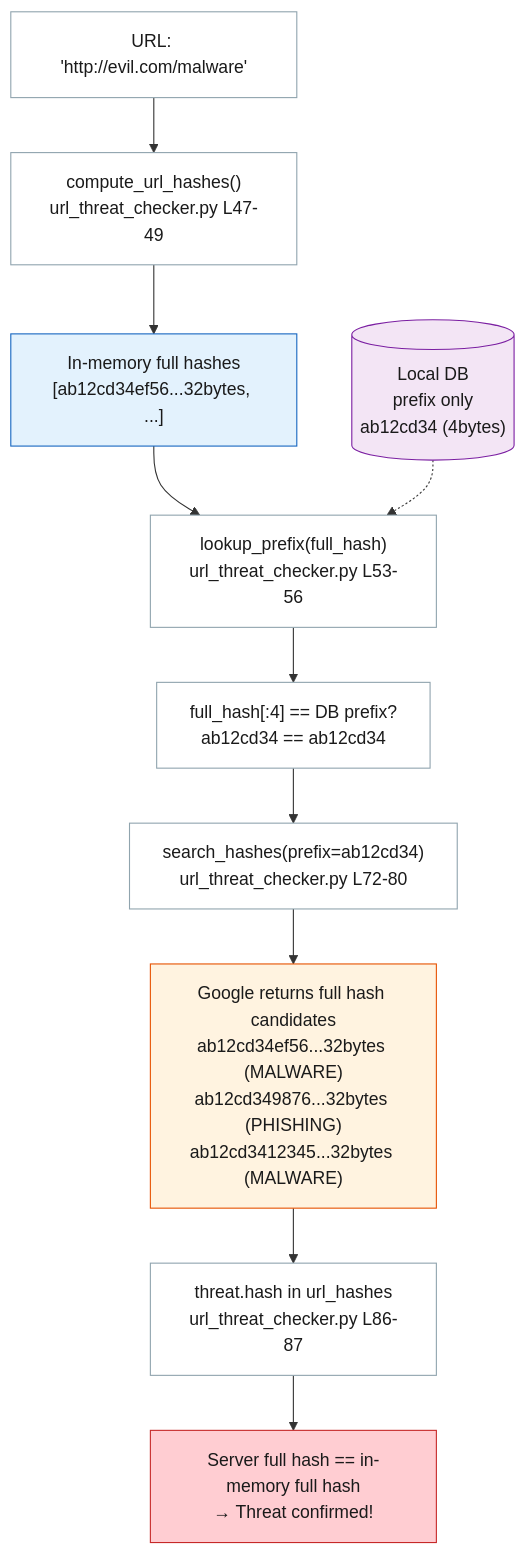
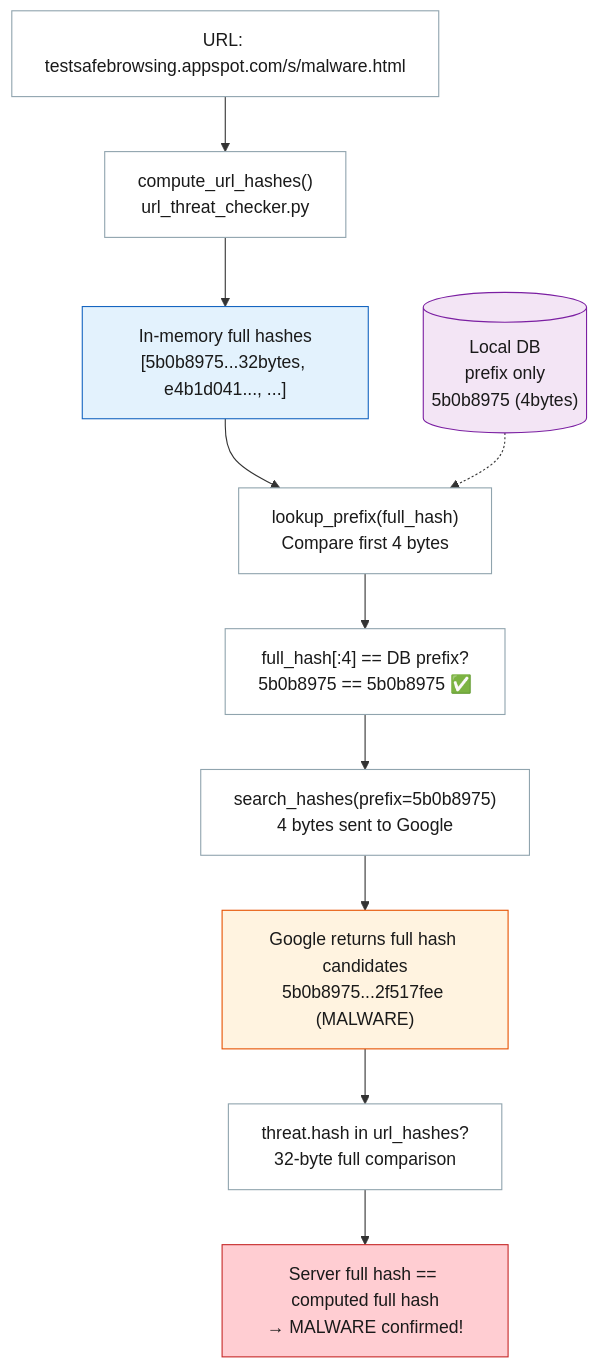
One commit to kataroya/web-risk-cli changed the fourth of 9 diagrams in WORKFLOW_GUIDE.md. Above: the diagram before and after it, drawn with Mermaid. The commit also changed other lines of this file and 2 other files, not shown here.

Commit message:
refactor: Enhance workflow guide and URL threat checker for improved clarity and functionality

````diff
--- a/WORKFLOW_GUIDE.md
+++ b/WORKFLOW_GUIDE.md
@@ -398,25 +398,25 @@
 ```mermaid
 flowchart TD
-    URL["URL: 'http://evil.com/malware'"] --> CALC["compute_url_hashes()<br/>url_threat_checker.py L47-49"]
-    CALC --> MEM_FULL["In-memory full hashes<br/>[ab12cd34ef56...32bytes, ...]"]
-    MEM_FULL --> LOCAL["lookup_prefix(full_hash)<br/>url_threat_checker.py L53-56"]
-    LOCAL --> CMP1["full_hash[:4] == DB prefix?<br/>ab12cd34 == ab12cd34"]
-    CMP1 --> API["search_hashes(prefix=ab12cd34)<br/>url_threat_checker.py L72-80"]
-    API --> SERVER["Google returns full hash candidates<br/>ab12cd34ef56...32bytes (MALWARE)<br/>ab12cd349876...32bytes (PHISHING)<br/>ab12cd3412345...32bytes (MALWARE)"]
-    SERVER --> CMP2["threat.hash in url_hashes<br/>url_threat_checker.py L86-87"]
-    CMP2 --> RESULT["Server full hash == in-memory full hash<br/>→ Threat confirmed!"]
+    URL["URL: testsafebrowsing.appspot.com/s/malware.html"] --> CALC["compute_url_hashes()<br/>url_threat_checker.py"]
+    CALC --> MEM_FULL["In-memory full hashes<br/>[5b0b8975...32bytes, e4b1d041..., ...]"]
+    MEM_FULL --> LOCAL["lookup_prefix(full_hash)<br/>Compare first 4 bytes"]
+    LOCAL --> CMP1["full_hash[:4] == DB prefix?<br/>5b0b8975 == 5b0b8975 ✅"]
+    CMP1 --> API["search_hashes(prefix=5b0b8975)<br/>4 bytes sent to Google"]
+    API --> SERVER["Google returns full hash candidates<br/>5b0b8975...2f517fee (MALWARE)"]
+    SERVER --> CMP2["threat.hash in url_hashes?<br/>32-byte full comparison"]
+    CMP2 --> RESULT["Server full hash == computed full hash<br/>→ MALWARE confirmed!"]
 
-    DB[("Local DB<br/>prefix only<br/>ab12cd34 (4bytes)")]
+    DB[("Local DB<br/>prefix only<br/>5b0b8975 (4bytes)")]
     DB -.-> LOCAL
 
     style URL fill:#ffffff,stroke:#90a4ae,color:#1a1a1a
     style CALC fill:#ffffff,stroke:#90a4ae,color:#1a1a1a
     style MEM_FULL fill:#e3f2fd,stroke:#1565c0,color:#1a1a1a
     style LOCAL fill:#ffffff,stroke:#90a4ae,color:#1a1a1a
     style CMP1 fill:#ffffff,stroke:#90a4ae,color:#1a1a1a
     style API fill:#ffffff,stroke:#90a4ae,color:#1a1a1a
     style SERVER fill:#fff3e0,stroke:#e65100,color:#1a1a1a
     style CMP2 fill:#ffffff,stroke:#90a4ae,color:#1a1a1a
     style RESULT fill:#ffcdd2,stroke:#c62828,color:#1a1a1a
     style DB fill:#f3e5f5,stroke:#7b1fa2,color:#1a1a1a
 ```
````
